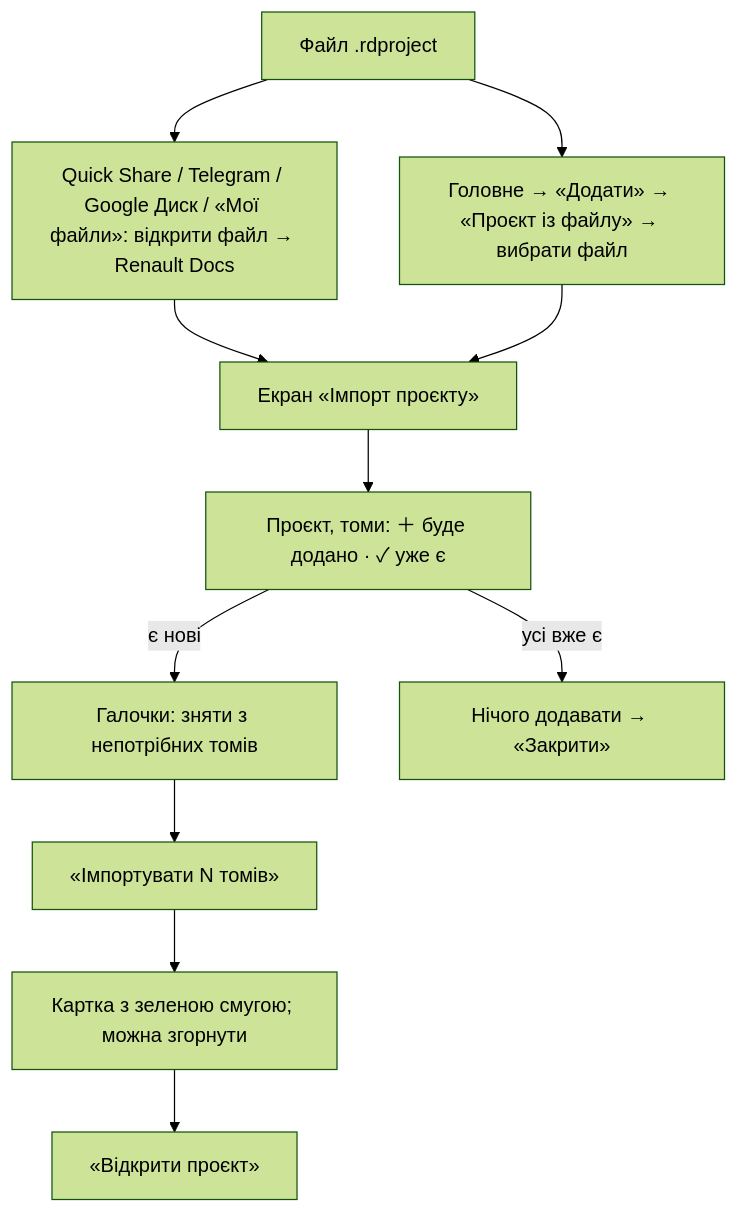
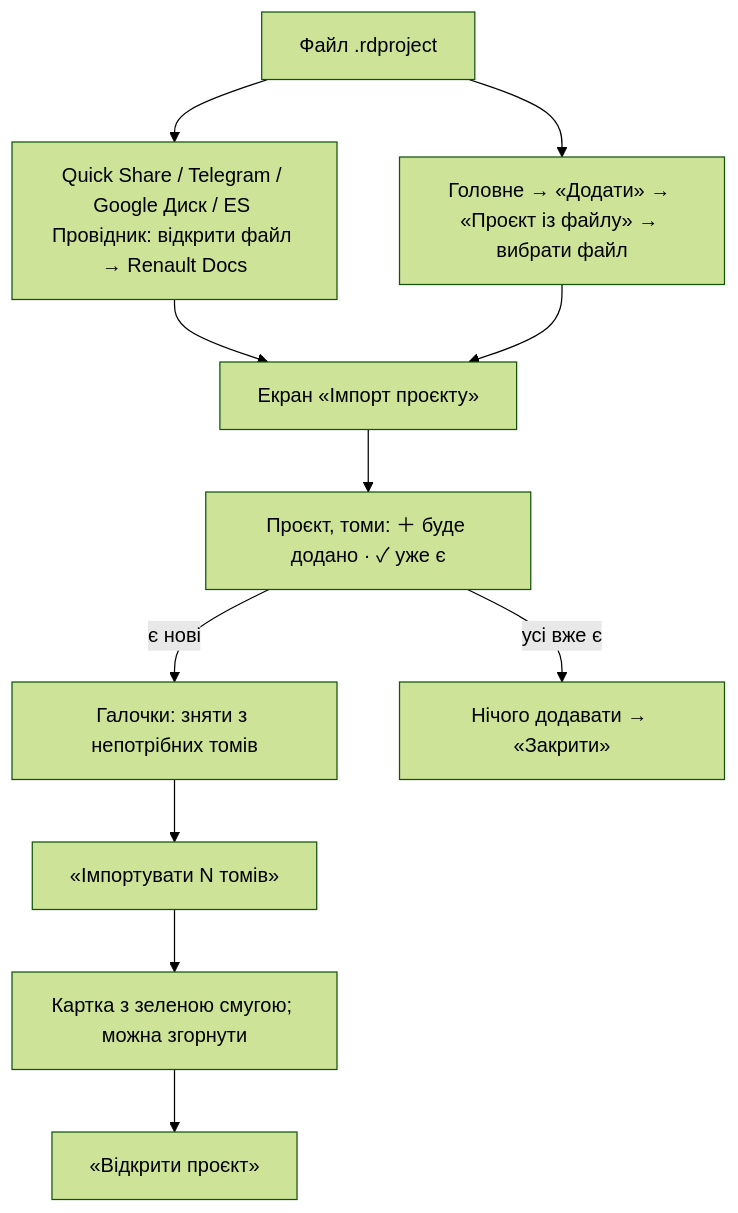
The fifth of 10 diagrams in docs/ua/USER_GUIDE.md (faric-ua/renault-docs-android), drawn with Mermaid (forest theme) before and after one commit. The commit also changed other lines of this file and 8 other files, not shown here.

````diff
--- a/docs/ua/USER_GUIDE.md
+++ b/docs/ua/USER_GUIDE.md
@@ -123,13 +123,13 @@
 ```mermaid
 flowchart TD
-    F["Файл .rdproject"] --> T["Quick Share / Telegram / Google Диск / «Мої файли»: відкрити файл → Renault Docs"]
+    F["Файл .rdproject"] --> T["Quick Share / Telegram / Google Диск / ES Провідник: відкрити файл → Renault Docs"]
     F --> H["Головне → «Додати» → «Проєкт із файлу» → вибрати файл"]
     T --> P["Екран «Імпорт проєкту»"]
     H --> P
     P --> L["Проєкт, томи: ＋ буде додано · ✓ уже є"]
     L -->|"є нові"| G["Галочки: зняти з непотрібних томів"]
     G --> B["«Імпортувати N томів»"]
     L -->|"усі вже є"| N["Нічого додавати → «Закрити»"]
     B --> K["Картка з зеленою смугою; можна згорнути"]
     K --> OK["«Відкрити проєкт»"]
 ```
````
